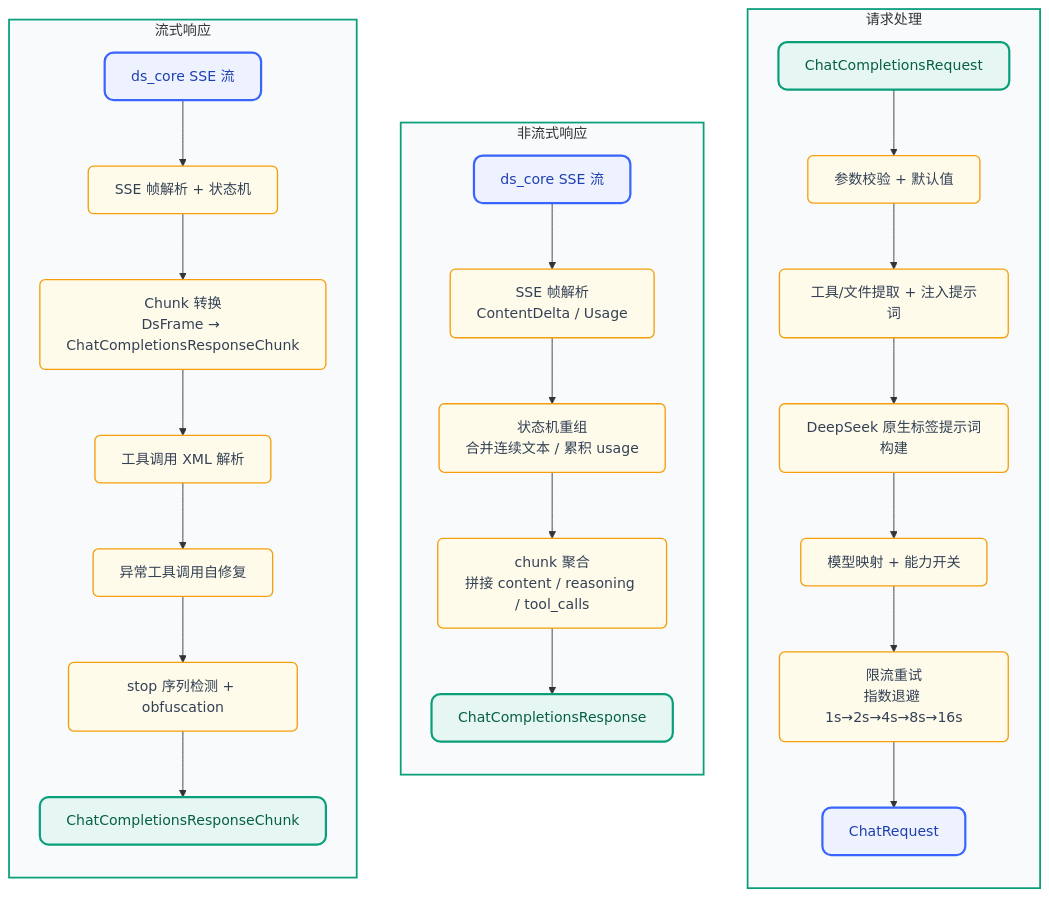
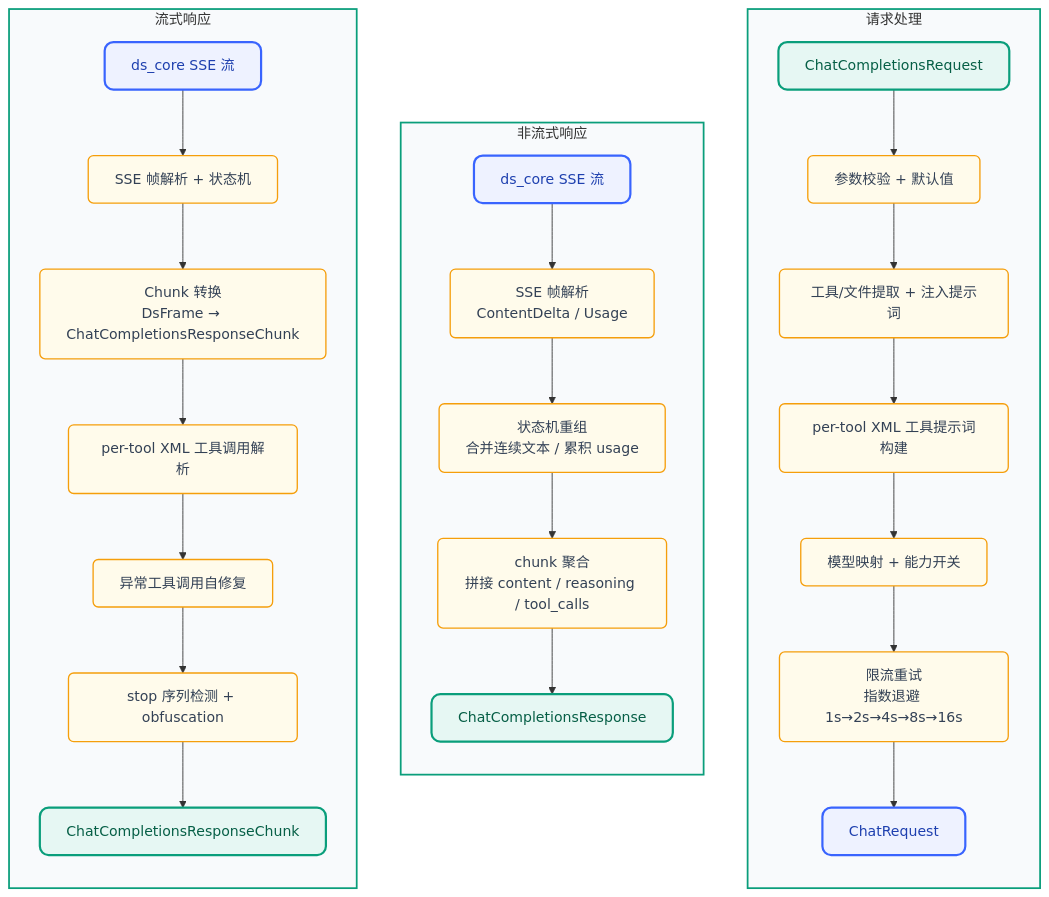
The second of 3 diagrams in README.md (qoomezhu/ds-free-api), drawn with Mermaid before and after one commit. The commit also changed other lines of this file and 2 other files, not shown here.

Commit message:
feat: Integrate DeepSeek-PP into Web2API

````diff
--- a/README.md
+++ b/README.md
@@ -248,46 +297,46 @@
 ```mermaid
 flowchart TB
     %% ===== 主题定义 =====
     classDef ds_core fill:#eef2ff,stroke:#3964fe,stroke-width:2.5px,color:#1e40af,rx:10,ry:10
     classDef openai_adapter fill:#e6f7f3,stroke:#0a9e7b,stroke-width:2.5px,color:#065f46,rx:10,ry:10
     classDef step fill:#fffbeb,stroke:#f59e0b,stroke-width:1.5px,color:#334155,rx:6,ry:6
 
     subgraph RQ ["请求处理"]
         direction TB
         Q1["ChatCompletionsRequest"]:::openai_adapter
         Q2["参数校验 + 默认值"]:::step
         Q3["工具/文件提取 + 注入提示词"]:::step
-        Q4["DeepSeek 原生标签提示词构建"]:::step
+        Q4["per-tool XML 工具提示词构建"]:::step
         Q5["模型映射 + 能力开关"]:::step
         Q6["限流重试<br/>指数退避 1s→2s→4s→8s→16s"]:::step
         Q7["ChatRequest"]:::ds_core
     end
 
     subgraph RS1 ["非流式响应"]
         direction TB
         OR1["ds_core SSE 流"]:::ds_core
         OR2["SSE 帧解析<br/>ContentDelta / Usage"]:::step
         OR3["状态机重组<br/>合并连续文本 / 累积 usage"]:::step
         OR4["chunk 聚合<br/>拼接 content / reasoning / tool_calls"]:::step
         OR5["ChatCompletionsResponse"]:::openai_adapter
     end
 
     subgraph RS2 ["流式响应"]
         direction TB
         OS1["ds_core SSE 流"]:::ds_core
         OS2["SSE 帧解析 + 状态机"]:::step
         OS3["Chunk 转换<br/>DsFrame → ChatCompletionsResponseChunk"]:::step
-        OS4["工具调用 XML 解析"]:::step
+        OS4["per-tool XML 工具调用解析"]:::step
         OS5["异常工具调用自修复"]:::step
         OS6["stop 序列检测 + obfuscation"]:::step
         OS7["ChatCompletionsResponseChunk"]:::openai_adapter
     end
 
     Q1 --> Q2 --> Q3 --> Q4 --> Q5 --> Q6 --> Q7
     OR1 --> OR2 --> OR3 --> OR4 --> OR5
     OS1 --> OS2 --> OS3 --> OS4 --> OS5 --> OS6 --> OS7
 
     style RQ fill:#f8fafc,stroke:#0a9e7b,stroke-width:2px
     style RS1 fill:#f8fafc,stroke:#0a9e7b,stroke-width:2px
     style RS2 fill:#f8fafc,stroke:#0a9e7b,stroke-width:2px
 ```
````
